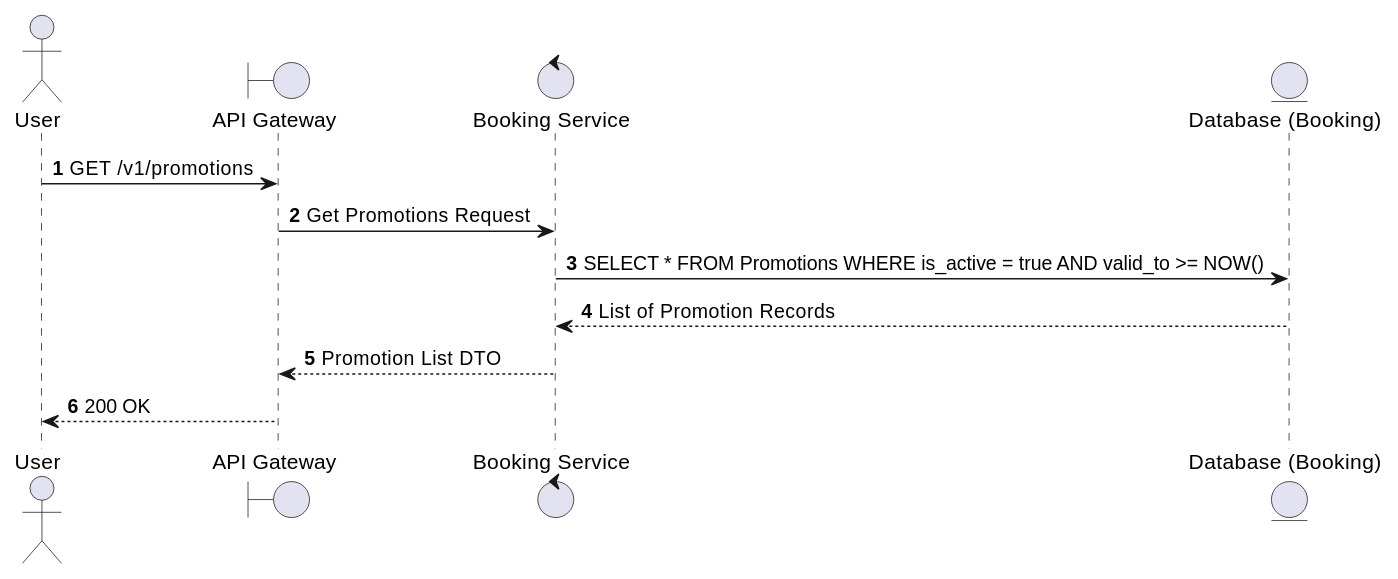
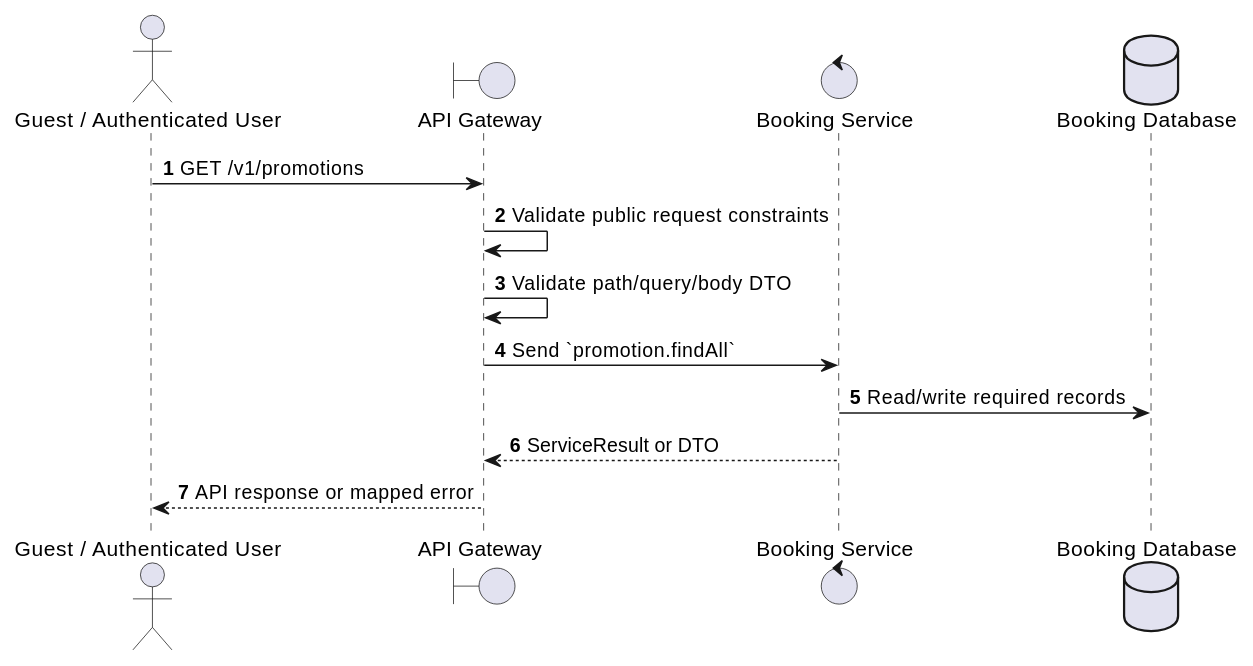
Before and after one commit to Tanh1603/movie-hub-architecture: the first of 2 diagrams in docs/functional_specs/3.10_Promotions_Discounts_Module/PM-01_List_Promotions.md, drawn with PlantUML. The commit also changed other lines of this file and 126 other files, not shown here.

````diff
--- a/docs/functional_specs/3.10_Promotions_Discounts_Module/PM-01_List_Promotions.md
+++ b/docs/functional_specs/3.10_Promotions_Discounts_Module/PM-01_List_Promotions.md
@@ -17,16 +17,17 @@
 ```plantuml
 @startuml
 autonumber
-actor User
+actor "Guest / Authenticated User" as Actor
 boundary "API Gateway" as GW
-control "Booking Service" as BS
-entity "Database (Booking)" as DB
+control "Booking Service" as SVC
+database "Booking Database" as DB
 
-User -> GW: GET /v1/promotions
-GW -> BS: Get Promotions Request
-BS -> DB: SELECT * FROM Promotions WHERE is_active = true AND valid_to >= NOW()
-DB --> BS: List of Promotion Records
-BS --> GW: Promotion List DTO
-GW --> User: 200 OK
-@endif
+Actor -> GW: GET /v1/promotions
+GW -> GW: Validate public request constraints
+GW -> GW: Validate path/query/body DTO
+GW -> SVC: Send `promotion.findAll`
+SVC -> DB: Read/write required records
+SVC --> GW: ServiceResult or DTO
+GW --> Actor: API response or mapped error
+@enduml
 ```
````
